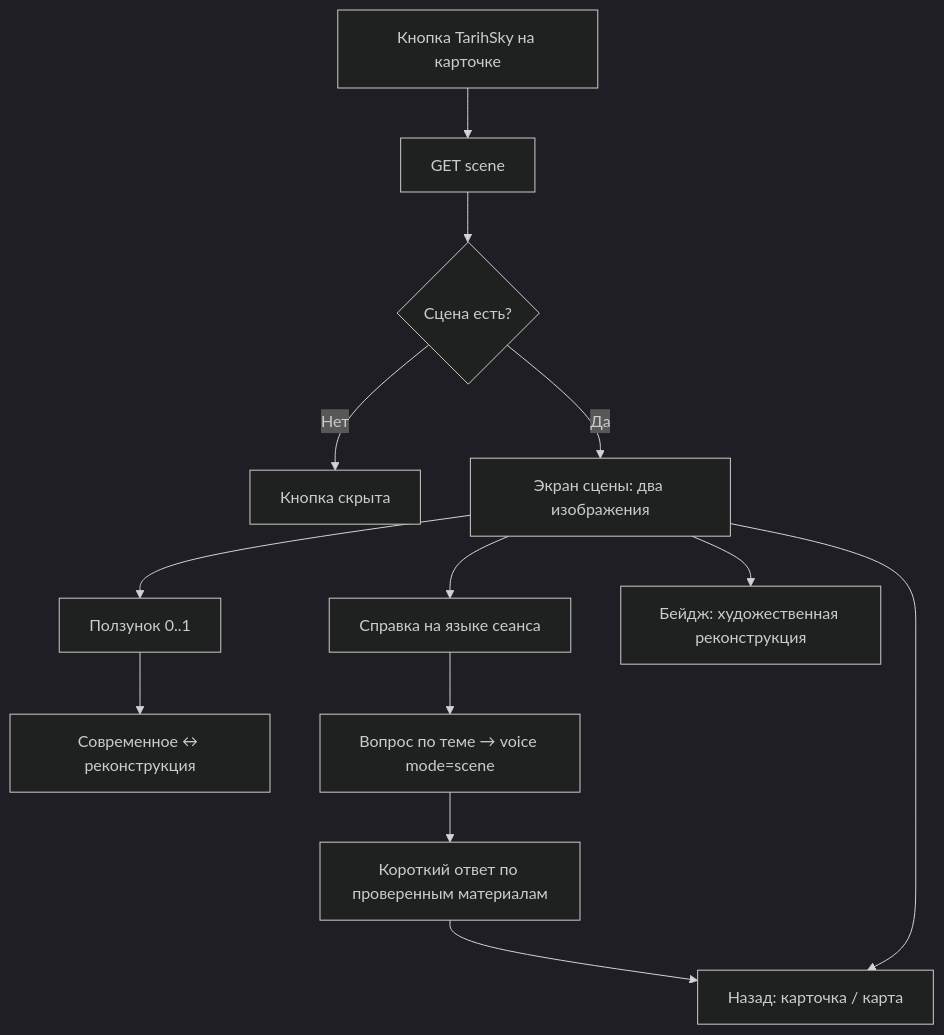
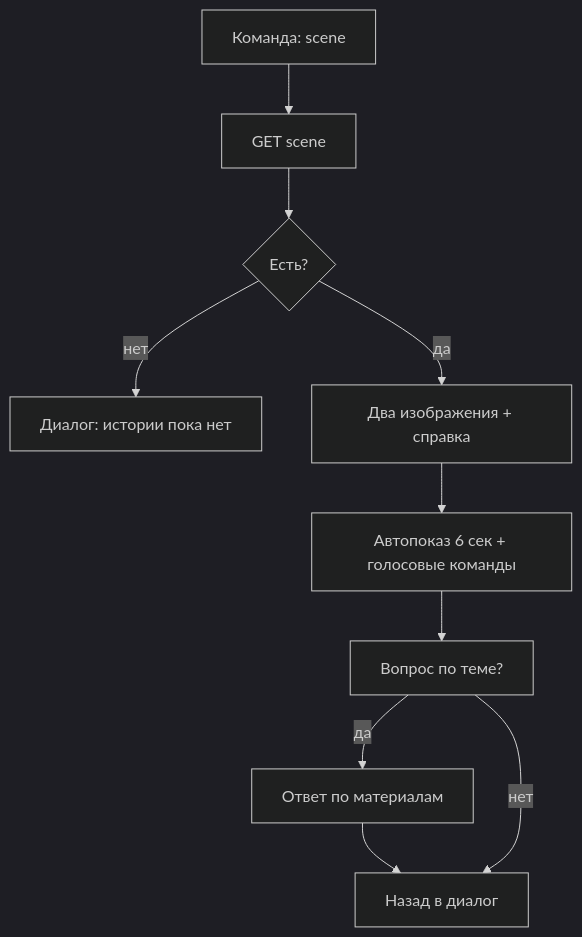
Before and after one commit to Dyman17/Arch: the diagram in docs/flows/05-tarihsky.md, drawn with Mermaid (dark theme). The commit also changed other lines of this file and 10 other files, not shown here.

Commit message:
docs: voice-only concept, main flow with steps thresholds, precise backend contract

````diff
--- a/docs/flows/05-tarihsky.md
+++ b/docs/flows/05-tarihsky.md
@@ -9,15 +20,12 @@
 ```mermaid
 flowchart TD
-    A[Кнопка TarihSky на карточке] --> B[GET scene]
-    B --> C{Сцена есть?}
-    C -- Нет --> D[Кнопка скрыта]
-    C -- Да --> E[Экран сцены: два изображения]
-    E --> F[Ползунок 0..1]
-    F --> G[Современное ↔ реконструкция]
-    E --> H[Справка на языке сеанса]
-    E --> I[Бейдж: художественная реконструкция]
-    H --> J[Вопрос по теме → voice mode=scene]
-    J --> K[Короткий ответ по проверенным материалам]
-    K --> L[Назад: карточка / карта]
-    E --> L
+    A[Команда: scene] --> B[GET scene]
+    B --> C{Есть?}
+    C -- нет --> D[Диалог: истории пока нет]
+    C -- да --> E[Два изображения + справка]
+    E --> F[Автопоказ 6 сек + голосовые команды]
+    F --> G[Вопрос по теме?]
+    G -- да --> H[Ответ по материалам]
+    H --> I[Назад в диалог]
+    G -- нет --> I
 ```
````
